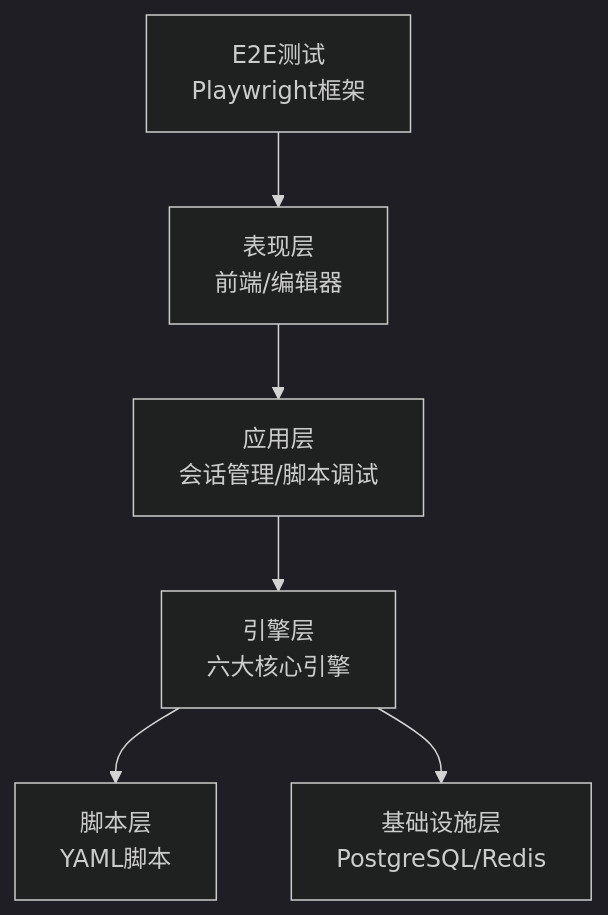
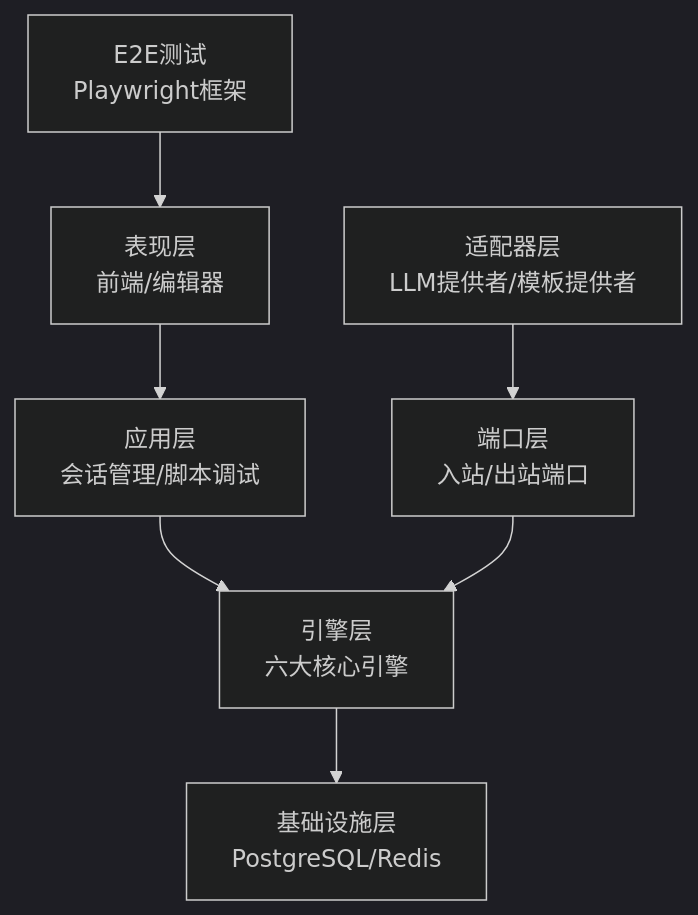
Before and after one commit to EverettCamus/HeartRule-Qoder: the second of 14 diagrams in .qoder/repowiki/zh/content/开发指南/开发指南.md, drawn with Mermaid (dark theme). The commit also changed other lines of this file and 8 other files, not shown here.

````diff
--- a/.qoder/repowiki/zh/content/开发指南/开发指南.md
+++ b/.qoder/repowiki/zh/content/开发指南/开发指南.md
@@ -130,8 +148,9 @@
 ```mermaid
 graph TB
 UI["表现层<br/>前端/编辑器"] --> APP["应用层<br/>会话管理/脚本调试"]
 APP --> ENG["引擎层<br/>六大核心引擎"]
-ENG --> SCRIPT["脚本层<br/>YAML脚本"]
 ENG --> INFRA["基础设施层<br/>PostgreSQL/Redis"]
+PORTS["端口层<br/>入站/出站端口"] --> ENG
+ADAPTERS["适配器层<br/>LLM提供者/模板提供者"] --> PORTS
 E2E["E2E测试<br/>Playwright框架"] --> UI
 ```
````
